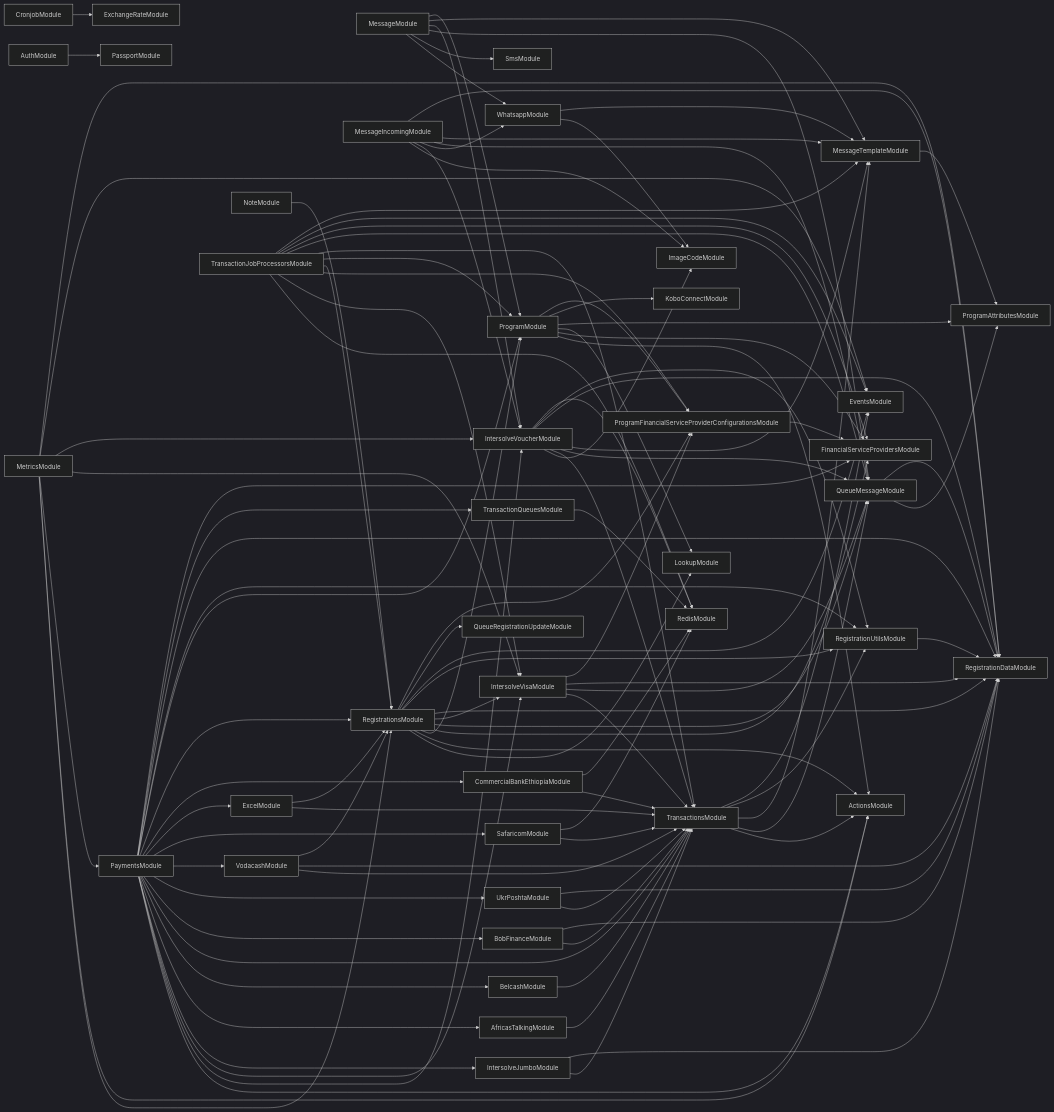
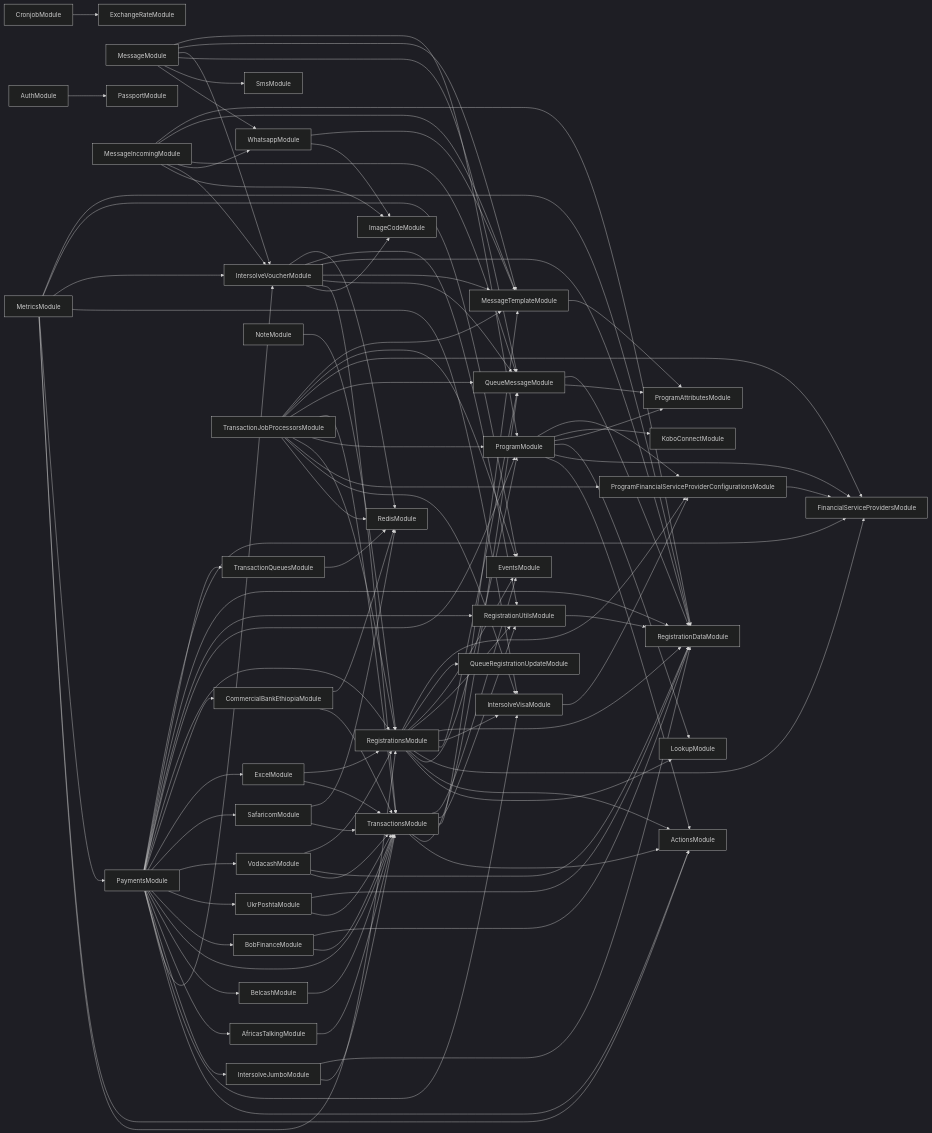
The diagram in services/121-service/module-dependencies.md (global-121/121-platform), drawn with Mermaid (dark theme) before and after one commit. The commit also changed 4 other files, not shown here.

```diff
--- a/services/121-service/module-dependencies.md
+++ b/services/121-service/module-dependencies.md
@@ -41,9 +41,6 @@
   RegistrationsModule-->FinancialServiceProvidersModule
   RegistrationsModule-->QueueMessageModule
   RegistrationsModule-->IntersolveVisaModule
-  IntersolveVisaModule-->TransactionsModule
-  IntersolveVisaModule-->QueueMessageModule
-  IntersolveVisaModule-->RegistrationDataModule
   IntersolveVisaModule-->ProgramFinancialServiceProviderConfigurationsModule
   RegistrationsModule-->RegistrationDataModule
   RegistrationsModule-->RegistrationUtilsModule
```
